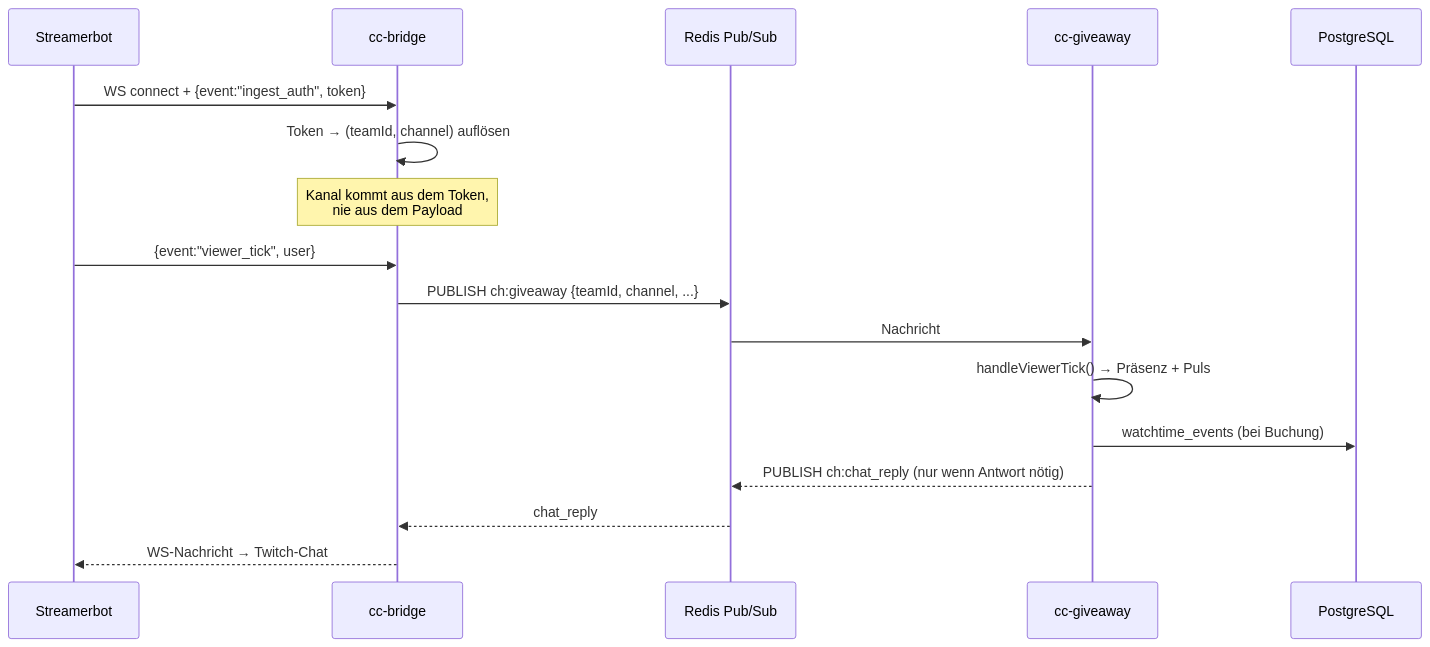
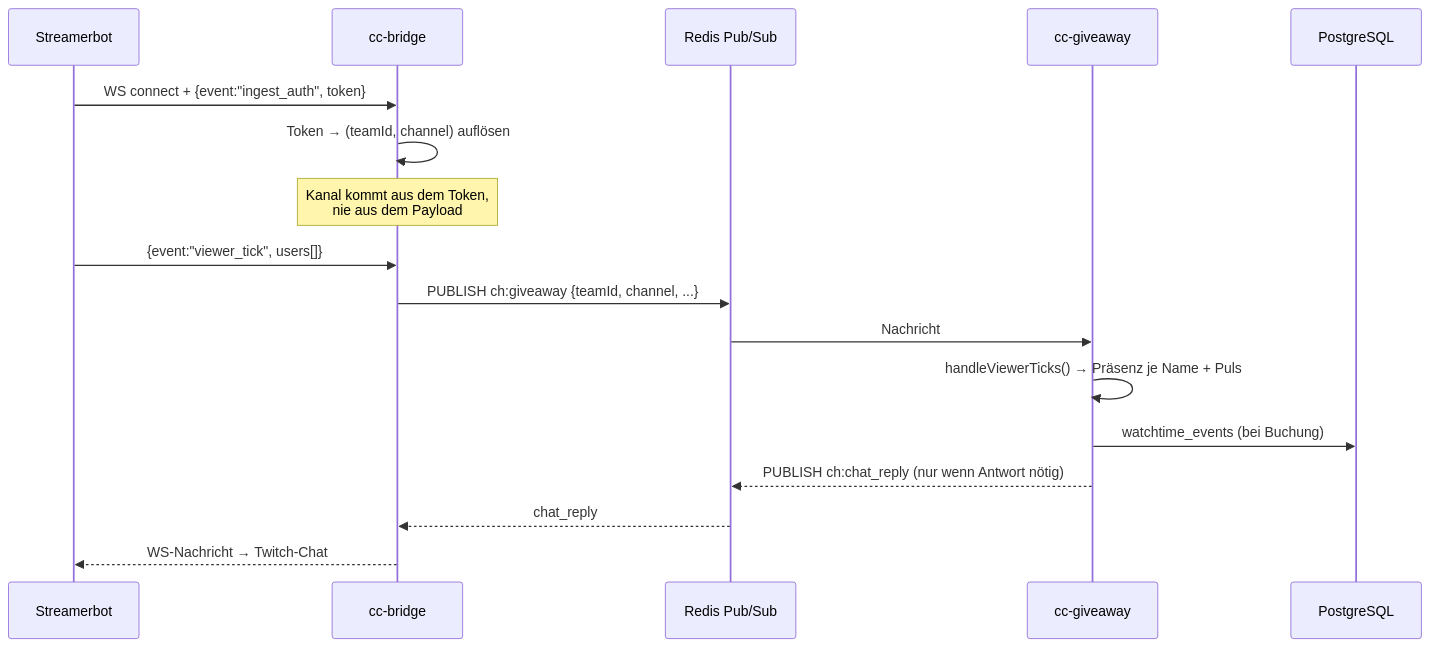
The second of 12 diagrams in docs/SOFTWARE-ARCHITEKTUR.md (cccdemon/CC-Giveaway), drawn with Mermaid before and after one commit. The commit also changed other lines of this file and 15 other files, not shown here.

````diff
--- a/docs/SOFTWARE-ARCHITEKTUR.md
+++ b/docs/SOFTWARE-ARCHITEKTUR.md
@@ -96,20 +96,20 @@
 ```mermaid
 sequenceDiagram
     participant SB as Streamerbot
     participant BR as cc-bridge
     participant R as Redis Pub/Sub
     participant GW as cc-giveaway
     participant PG as PostgreSQL
 
     SB->>BR: WS connect + {event:"ingest_auth", token}
     BR->>BR: Token → (teamId, channel) auflösen
     Note over BR: Kanal kommt aus dem Token,<br/>nie aus dem Payload
-    SB->>BR: {event:"viewer_tick", user}
+    SB->>BR: {event:"viewer_tick", users[]}
     BR->>R: PUBLISH ch:giveaway {teamId, channel, ...}
     R->>GW: Nachricht
-    GW->>GW: handleViewerTick() → Präsenz + Puls
+    GW->>GW: handleViewerTicks() → Präsenz je Name + Puls
     GW->>PG: watchtime_events (bei Buchung)
     GW-->>R: PUBLISH ch:chat_reply (nur wenn Antwort nötig)
     R-->>BR: chat_reply
     BR-->>SB: WS-Nachricht → Twitch-Chat
 ```
````
